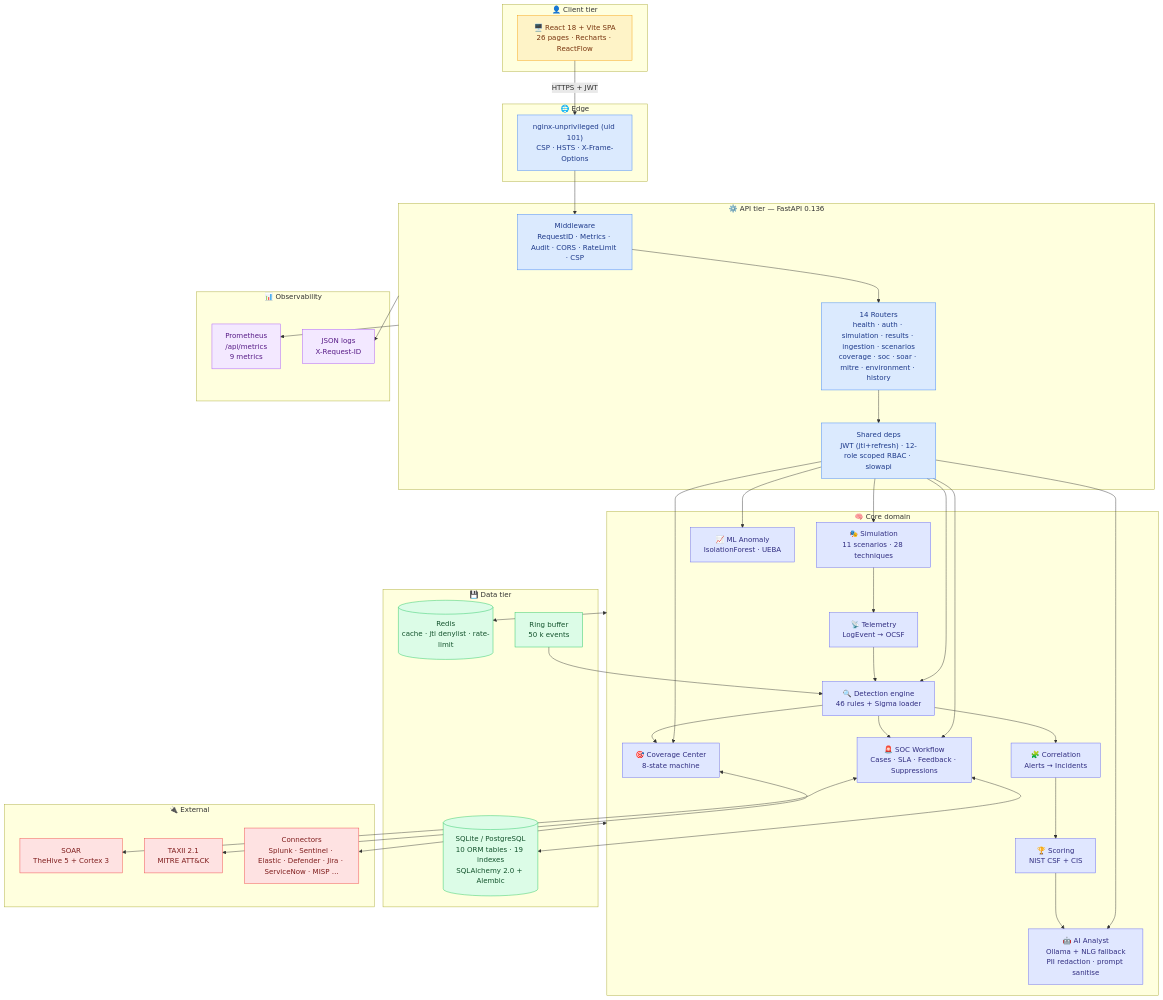
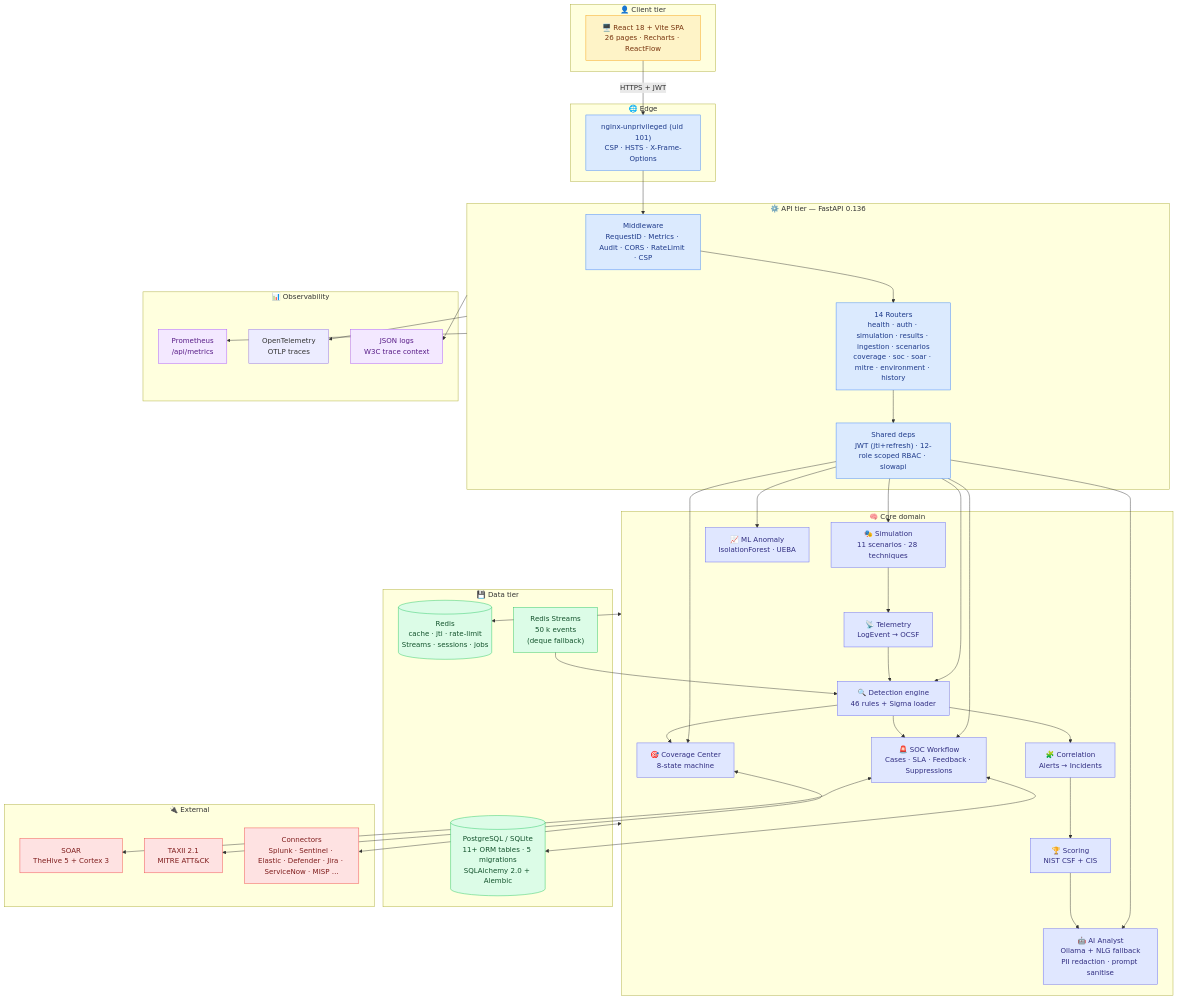
One commit to omarbabba779xx/CyberTwin-SOC changed the fourth of 19 diagrams in README.md. Above: the diagram before and after it, drawn with Mermaid. The commit also changed other lines of this file, not shown here.

````diff
--- a/README.md
+++ b/README.md
@@ -289,72 +312,73 @@
 ```mermaid
 flowchart TB
     subgraph Client["👤 Client tier"]
         UI["🖥️ React 18 + Vite SPA<br/>26 pages · Recharts · ReactFlow"]
     end
 
     subgraph Edge["🌐 Edge"]
         NX["nginx-unprivileged (uid 101)<br/>CSP · HSTS · X-Frame-Options"]
     end
 
     subgraph API["⚙️ API tier — FastAPI 0.136"]
         MW["Middleware<br/>RequestID · Metrics · Audit · CORS · RateLimit · CSP"]
         ROUT["14 Routers<br/>health · auth · simulation · results · ingestion · scenarios<br/>coverage · soc · soar · mitre · environment · history"]
         DEPS["Shared deps<br/>JWT (jti+refresh) · 12-role scoped RBAC · slowapi"]
     end
 
     subgraph Core["🧠 Core domain"]
         SIM["🎭 Simulation<br/>11 scenarios · 28 techniques"]
         TEL["📡 Telemetry<br/>LogEvent → OCSF"]
         DET["🔍 Detection engine<br/>46 rules + Sigma loader"]
         COR["🧩 Correlation<br/>Alerts → Incidents"]
         SCO["🏆 Scoring<br/>NIST CSF + CIS"]
         AI["🤖 AI Analyst<br/>Ollama + NLG fallback<br/>PII redaction · prompt sanitise"]
         ANO["📈 ML Anomaly<br/>IsolationForest · UEBA"]
         SOC["🚨 SOC Workflow<br/>Cases · SLA · Feedback · Suppressions"]
         COV["🎯 Coverage Center<br/>8-state machine"]
     end
 
     subgraph Data["💾 Data tier"]
-        DB[("SQLite / PostgreSQL<br/>10 ORM tables · 19 indexes<br/>SQLAlchemy 2.0 + Alembic")]
-        REDIS[("Redis<br/>cache · jti denylist · rate-limit")]
-        BUF["Ring buffer<br/>50 k events"]
+        DB[("PostgreSQL / SQLite<br/>11+ ORM tables · 5 migrations<br/>SQLAlchemy 2.0 + Alembic")]
+        REDIS[("Redis<br/>cache · jti · rate-limit<br/>Streams · sessions · jobs")]
+        BUF["Redis Streams<br/>50 k events<br/>(deque fallback)"]
     end
 
     subgraph Obs["📊 Observability"]
-        PROM["Prometheus<br/>/api/metrics<br/>9 metrics"]
-        LOG["JSON logs<br/>X-Request-ID"]
+        PROM["Prometheus<br/>/api/metrics"]
+        OTEL["OpenTelemetry<br/>OTLP traces"]
+        LOG["JSON logs<br/>W3C trace context"]
     end
 
     subgraph Ext["🔌 External"]
         SOAR["SOAR<br/>TheHive 5 + Cortex 3"]
         TAXII["TAXII 2.1<br/>MITRE ATT&CK"]
         CONN["Connectors<br/>Splunk · Sentinel · Elastic · Defender · Jira · ServiceNow · MISP …"]
     end
 
     UI -->|HTTPS + JWT| NX --> MW --> ROUT --> DEPS
     DEPS --> SIM & DET & SOC & COV & AI & ANO
     SIM --> TEL --> DET --> COR --> SCO --> AI
     DET --> SOC
     BUF --> DET
     SOC <--> DB
     DET --> COV
     Core <--> REDIS
-    API --> PROM & LOG
+    API --> PROM & OTEL & LOG
     SOC <--> SOAR
     COV <--> TAXII
     Core <--> CONN
 
     classDef client fill:#fef3c7,stroke:#f59e0b,color:#78350f
     classDef api fill:#dbeafe,stroke:#3b82f6,color:#1e3a8a
     classDef core fill:#e0e7ff,stroke:#6366f1,color:#312e81
     classDef data fill:#dcfce7,stroke:#22c55e,color:#14532d
     classDef obs fill:#f3e8ff,stroke:#a855f7,color:#581c87
     classDef ext fill:#fee2e2,stroke:#ef4444,color:#7f1d1d
 
     class UI client
     class NX,MW,ROUT,DEPS api
     class SIM,TEL,DET,COR,SCO,AI,ANO,SOC,COV core
     class DB,REDIS,BUF data
     class PROM,LOG obs
     class SOAR,TAXII,CONN ext
 ```
````
